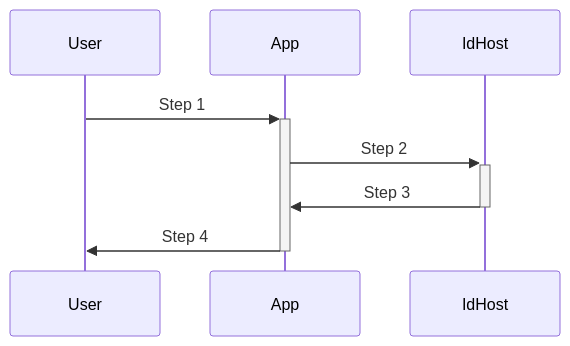
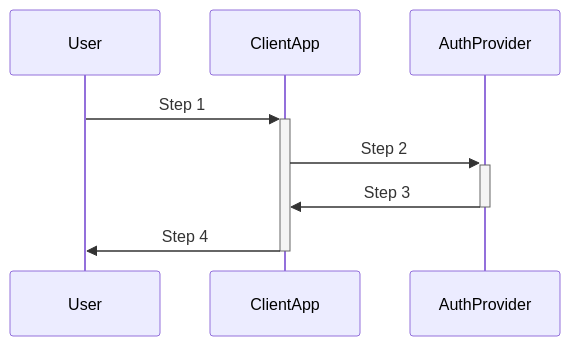
Before and after one commit to jlinclabs/did-web-auth: the diagram in SPEC.md, drawn with Mermaid. The commit also changed other lines of this file and 2 other files, not shown here.

````diff
--- a/SPEC.md
+++ b/SPEC.md
@@ -343,7 +388,7 @@
 ```mermaid
 sequenceDiagram
-  User->>+App: Step 1
-  App->>+IdHost: Step 2
-  IdHost->>-App: Step 3
-  App->>-User: Step 4
+  User->>+ClientApp: Step 1
+  ClientApp->>+AuthProvider: Step 2
+  AuthProvider->>-ClientApp: Step 3
+  ClientApp->>-User: Step 4
 ```
````
